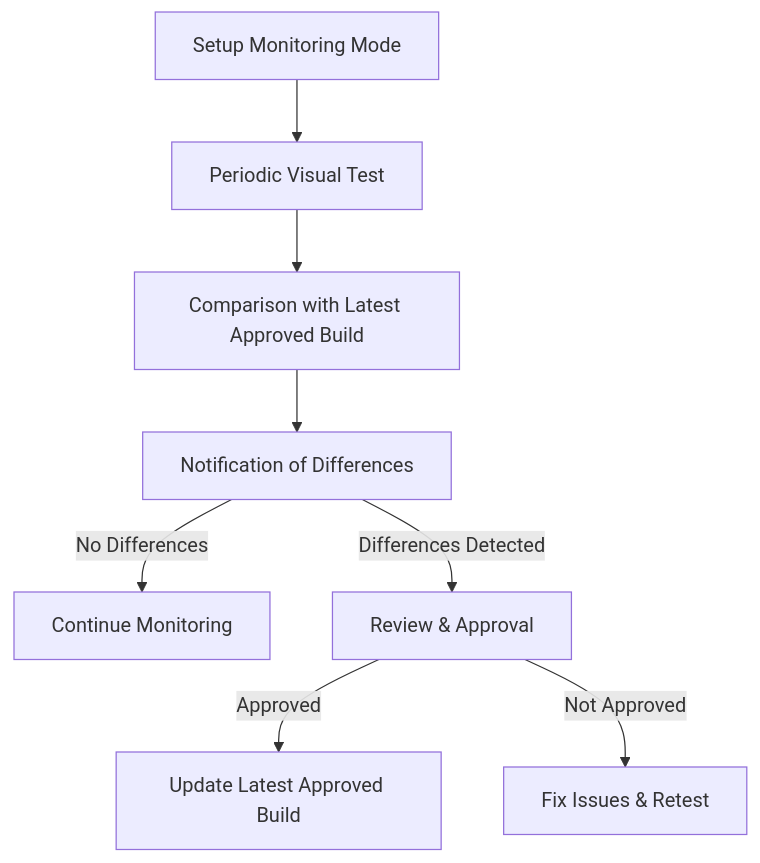
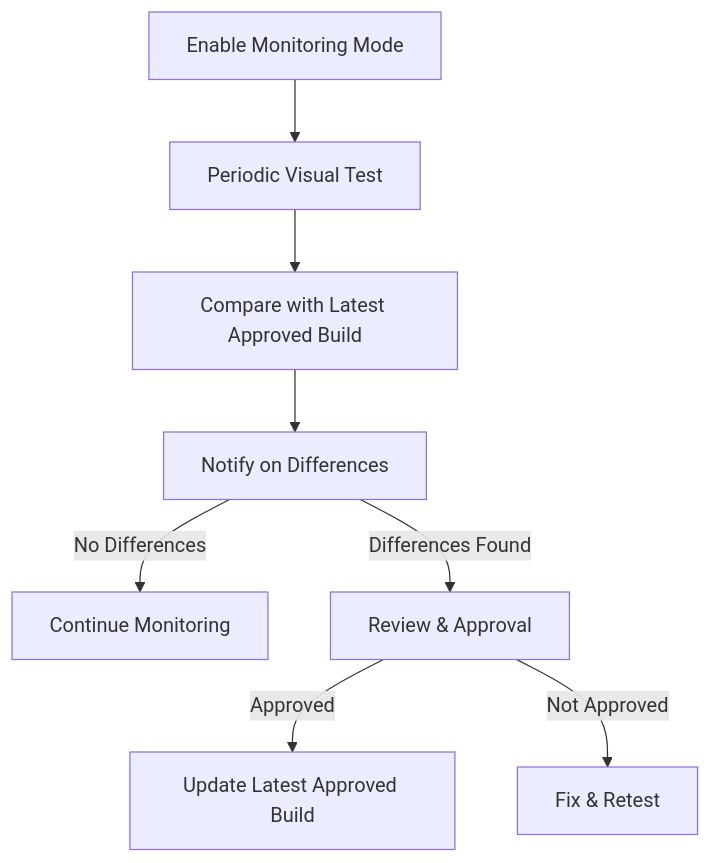
Before and after one commit to argos-ci/docs: the second of 2 diagrams in docs/guides/monitoring-mode.mdx, drawn with Mermaid. The commit also changed other lines of this file and 1 other file, not shown here.

Commit message:
feat(build-modes): improve build modes docs

````diff
--- a/docs/guides/monitoring-mode.mdx
+++ b/docs/guides/monitoring-mode.mdx
@@ -80,10 +119,10 @@
 ```mermaid
 graph TD;
-    A[Setup Monitoring Mode] --> B[Periodic Visual Test];
-    B --> C[Comparison with Latest Approved Build];
-    C --> D[Notification of Differences];
+    A[Enable Monitoring Mode] --> B[Periodic Visual Test];
+    B --> C[Compare with Latest Approved Build];
+    C --> D[Notify on Differences];
     D -->|No Differences| E[Continue Monitoring];
-    D -->|Differences Detected| F[Review & Approval];
+    D -->|Differences Found| F[Review & Approval];
     F -->|Approved| G[Update Latest Approved Build];
-    F -->|Not Approved| H[Fix Issues & Retest];
+    F -->|Not Approved| H[Fix & Retest];
 ```
````
